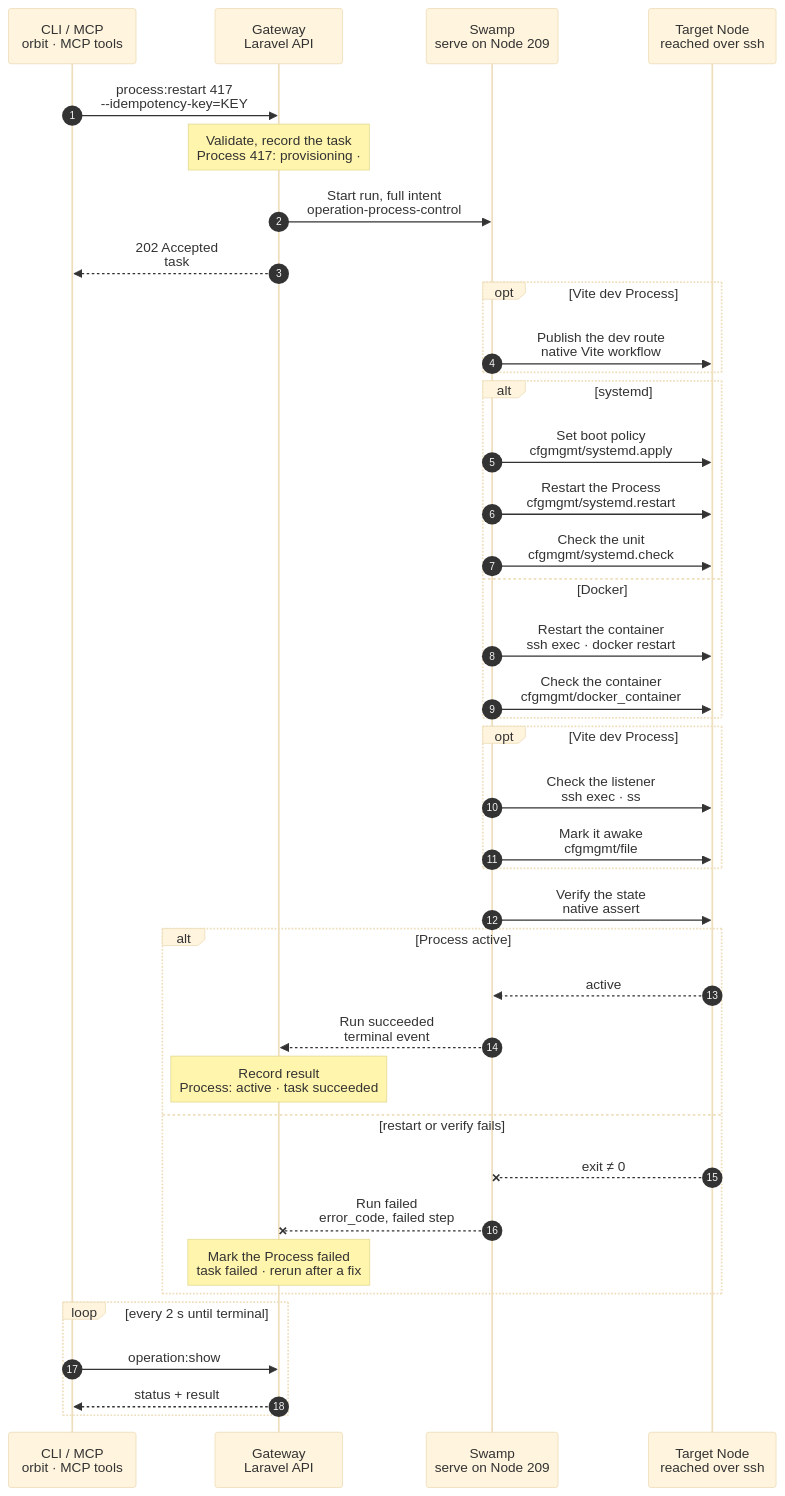
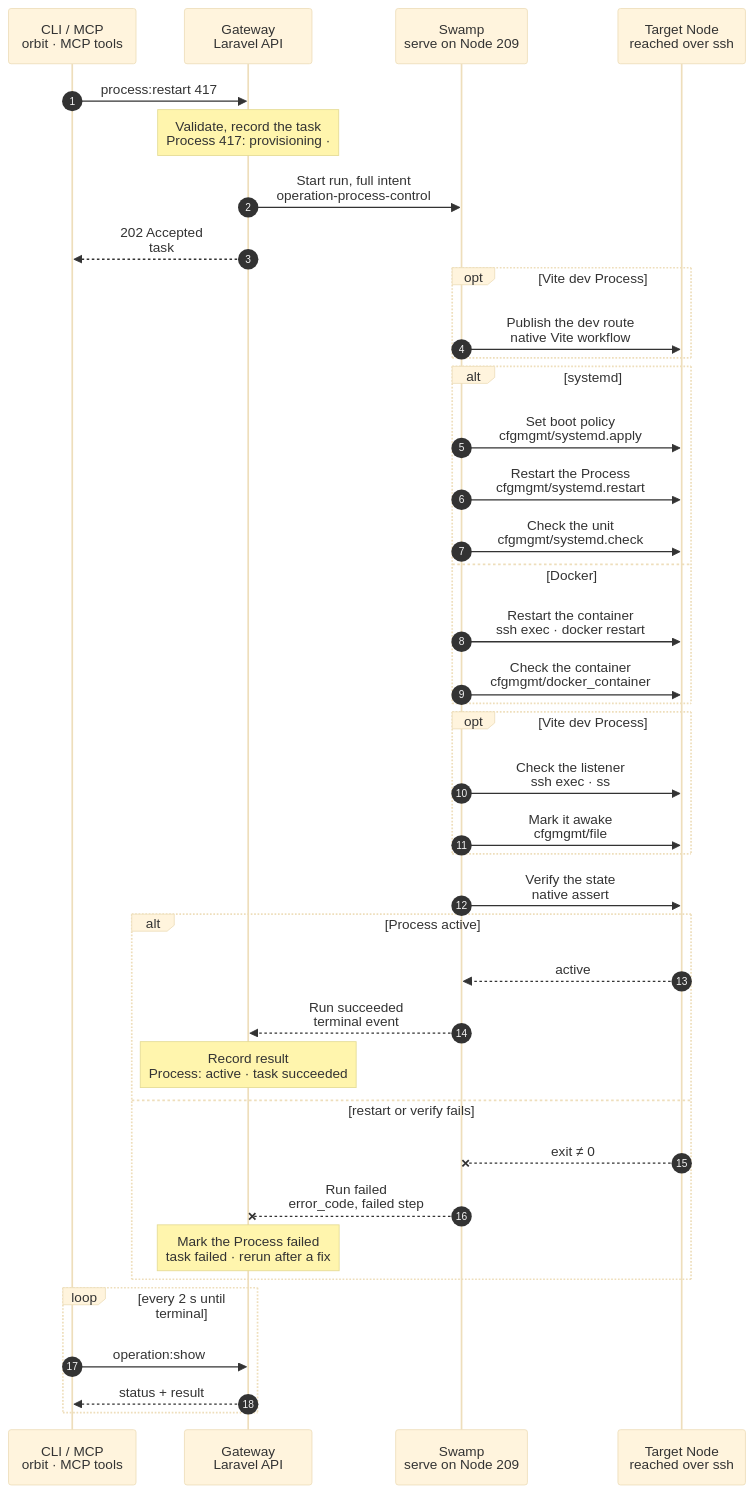
One commit to hardimpactdev/orbit changed the diagram in docs/cli/process/restart.mmd. Above: the diagram before and after it, drawn with Mermaid (base theme). The commit also changed 5 other files, not shown here.

First line of the commit message:
docs(cli): draw process charts with a required-only main path

```diff
--- a/docs/cli/process/restart.mmd
+++ b/docs/cli/process/restart.mmd
@@ -1,97 +1,100 @@
 sequenceDiagram
   %% Target design: ADR 0244 task, DECISIONS 4 + R1-R4 (process.stop shape: 209, @swamp/ssh, full intent as inputs).
   %% Tightened: flow-tighten 2026-11-02, rules 1-22 (one cfgmgmt systemd apply, its check as the end check, no shipped scripts; rule 21: only this command's branches).
+  %% Rule 23: 2026-11-03 required-only main path.
   %% status: migrated
   %% command: process:restart
   %% kind: process.restart
   autonumber
   %% lane CLI icon=terminal pill=caller tone=gray
   %% lane GW icon=gateway pill=intent tone=blue
   %% lane SW icon=workflow pill=executes tone=green
   %% lane N icon=server pill=target tone=amber
   participant CLI as CLI / MCP<br/>orbit · MCP tools
   participant GW as Gateway<br/>Laravel API
   participant SW as Swamp<br/>serve on Node 209
   participant N as Target Node<br/>reached over ssh
-  CLI->>GW: process:restart 417<br/>--idempotency-key=KEY
+  CLI->>GW: process:restart 417
   %%> Command:
   %%> - `orbit process:restart 417`
   %%> - syntax: `process:restart <process> [--idempotency-key=KEY] [--json]`
   %%> Input:
   %%> - the numeric Process ID from `process:list`
+  %%> Optional:
+  %%> - `--idempotency-key` reuses a task start; `--json` returns JSON; neither adds a step
   %%> Who can call it:
   %%> - the `orbit` CLI and the MCP tool send the same request
   Note over GW: Validate, record the task<br/>Process 417: provisioning · #5130
   %%> Requirements:
   %%> - your Node has an access grant to the Node that runs Process 417
   %%> - Process 417 exists and is not being removed
   %%> - a production Process's release is checked against the recorded releases, not on the Node
   %%> Result:
   %%> - task #5130 recorded with the full intent: unit or container name, runtime, on-demand flag, Vite plan
   %%> - Process 417 marked provisioning; its desired state does not change yet
   %%> - nothing has happened on the Node yet
   GW->>SW: Start run, full intent<br/>operation-process-control
   %%> What it does:
   %%> - starts one Swamp run on serve (Node 209); every step runs there
   %%> Inputs:
   %%> - `kind`: process.restart
   %%> - the Process unit or container name, runtime and on-demand flag
   %%> - the Node's address and SSH host keys; the SSH identity comes from the `swamp` role
   %%> Checked by the input schema:
   %%> - no step reads or re-checks the intent
   GW-->>CLI: 202 Accepted<br/>task #5130
   %%> What you get:
   %%> - the task number, at once
   %%> Next:
   %%> - the CLI follows the task with `operation:show`
   opt Vite dev Process
     SW->>N: Publish the dev route<br/>native Vite workflow
   end
   alt systemd
     SW->>N: Set boot policy<br/>cfgmgmt/systemd.apply
     SW->>N: Restart the Process<br/>cfgmgmt/systemd.restart
     SW->>N: Check the unit<br/>cfgmgmt/systemd.check
   else Docker
     SW->>N: Restart the container<br/>ssh exec · docker restart
     SW->>N: Check the container<br/>cfgmgmt/docker_container
   end
   opt Vite dev Process
     SW->>N: Check the listener<br/>ssh exec · ss
     SW->>N: Mark it awake<br/>cfgmgmt/file
   end
   SW->>N: Verify the state<br/>native assert
   %%> The pinned checks report compliance; native assert fails the run on drift.
   alt Process active
     N-->>SW: active
     %%> Returns:
     %%> - the Process is active
     SW-->>GW: Run succeeded<br/>terminal event
     %%> How the Gateway learns it:
     %%> - its shared run reader sees the terminal event and reads the end check's output; Swamp never calls the Gateway
     Note over GW: Record result<br/>Process: active · task succeeded
     %%> Result:
     %%> - Process 417 desired state becomes running; its status becomes active
     %%> - task #5130 succeeds with the observed state
   else restart or verify fails
     N--xSW: exit ≠ 0
     %%> When:
     %%> - SSH fails, the unit is missing, or the state does not match
     %%> How:
     %%> - the failing step ends the run with its own exit code; there is no report step
     SW--xGW: Run failed<br/>error_code, failed step
     %%> The Gateway reads:
     %%> - which step failed and its exit code, mapped to `error_code`
     Note over GW: Mark the Process failed<br/>task failed · rerun after a fix
     %%> Result:
     %%> - Process 417 is marked failed with the error code; its desired state does not change
     %%> - task #5130 fails
     %%> - there is no rollback and nothing to clean up; run the same command again after fixing the cause
   end
   loop every 2 s until terminal
     CLI->>GW: operation:show #5130
     %%> What it does:
     %%> - asks for the task status every 2 seconds until it has ended
     GW-->>CLI: status + result
     %%> Returns:
     %%> - the current status, and the result once the task has ended
   end
```
